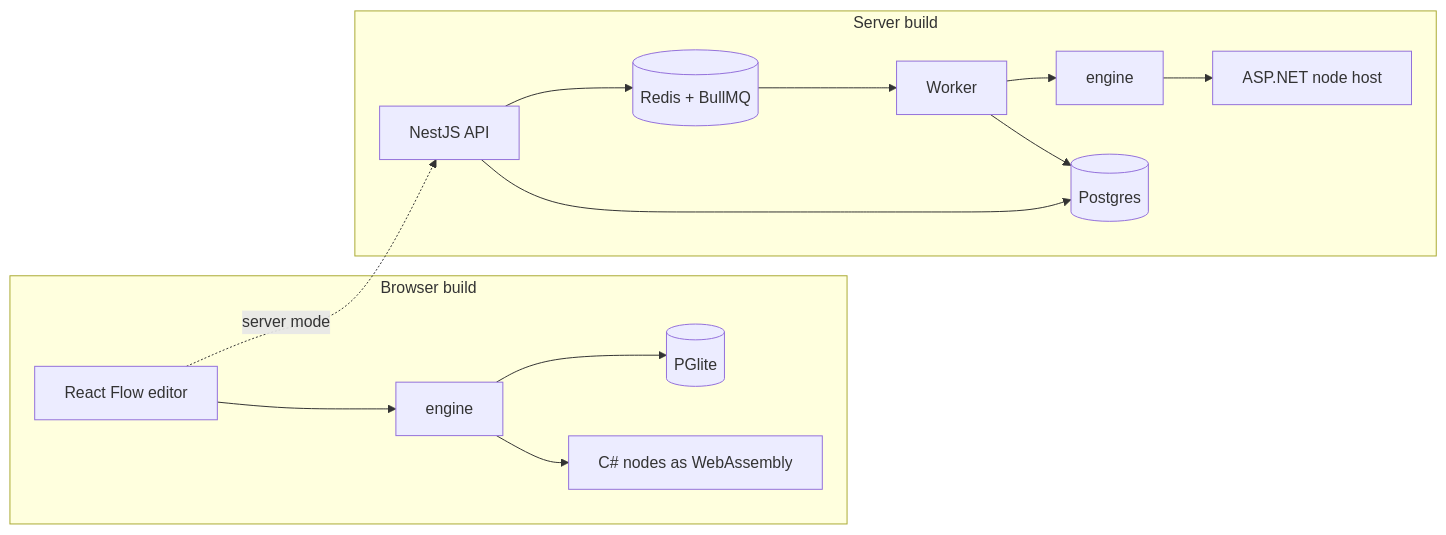
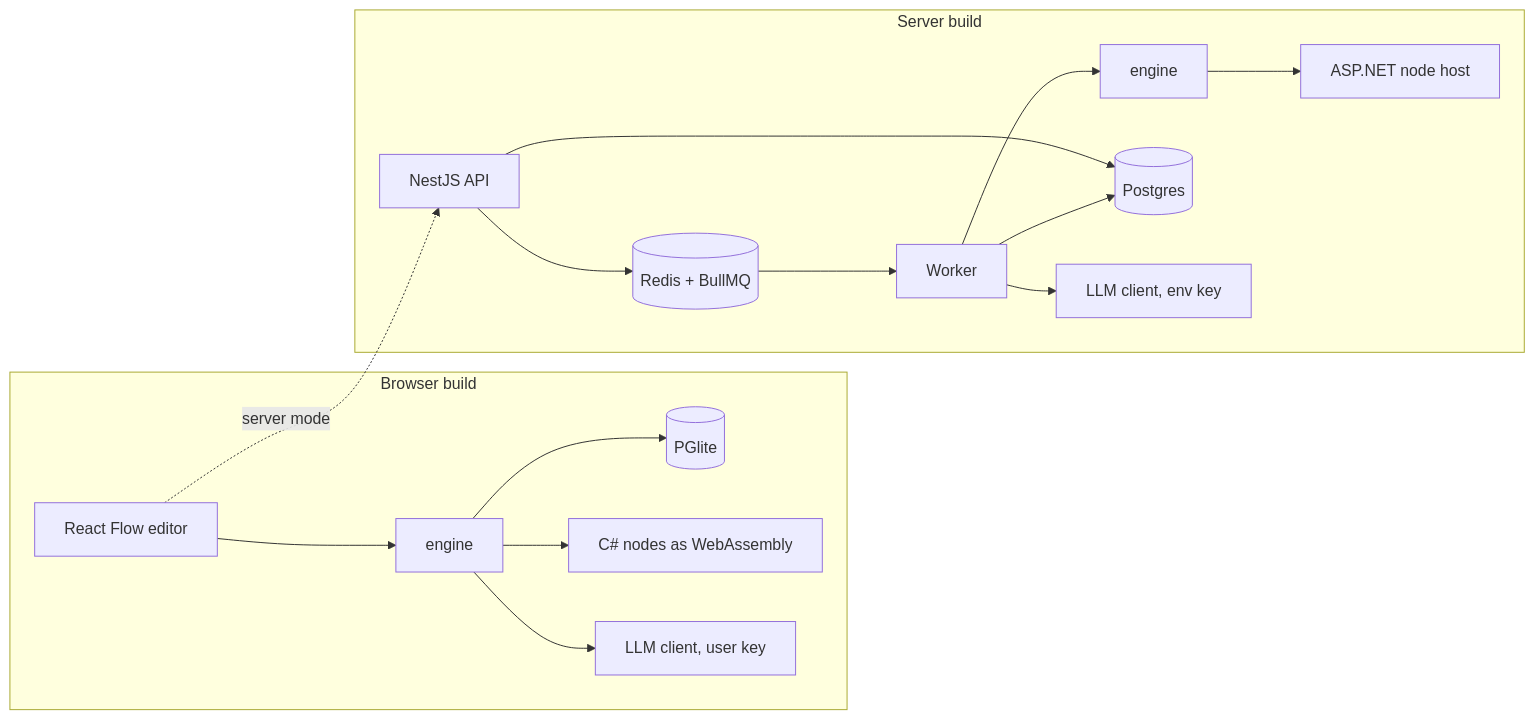
The diagram in README.md (arthuralbefaro/relay), drawn with Mermaid before and after one commit. The commit also changed other lines of this file and 2 other files, not shown here.

````diff
--- a/README.md
+++ b/README.md
@@ -70,25 +82,29 @@
 ```mermaid
 flowchart LR
   subgraph browser[Browser build]
     UI[React Flow editor]
     EB[engine]
     PG[(PGlite)]
     WASM[C# nodes as WebAssembly]
+    LB[LLM client, user key]
   end
 
   subgraph server[Server build]
     API[NestJS API]
     Q[(Redis + BullMQ)]
     W[Worker]
     ES[engine]
     DB[(Postgres)]
     NH[ASP.NET node host]
+    LS[LLM client, env key]
   end
 
   UI --> EB --> PG
   EB --> WASM
   UI -. server mode .-> API
   API --> Q --> W --> ES --> NH
   API --> DB
   W --> DB
+  EB --> LB
+  W --> LS
 ```
````
